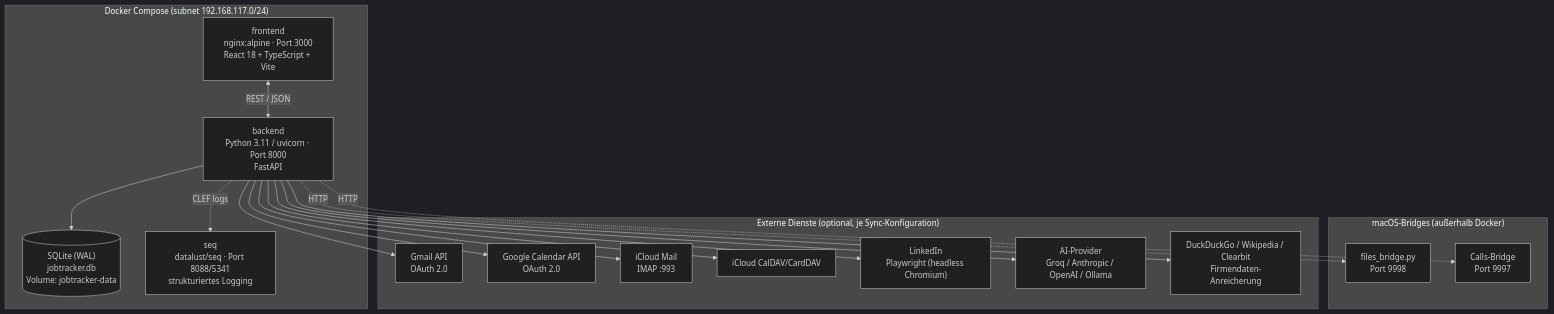
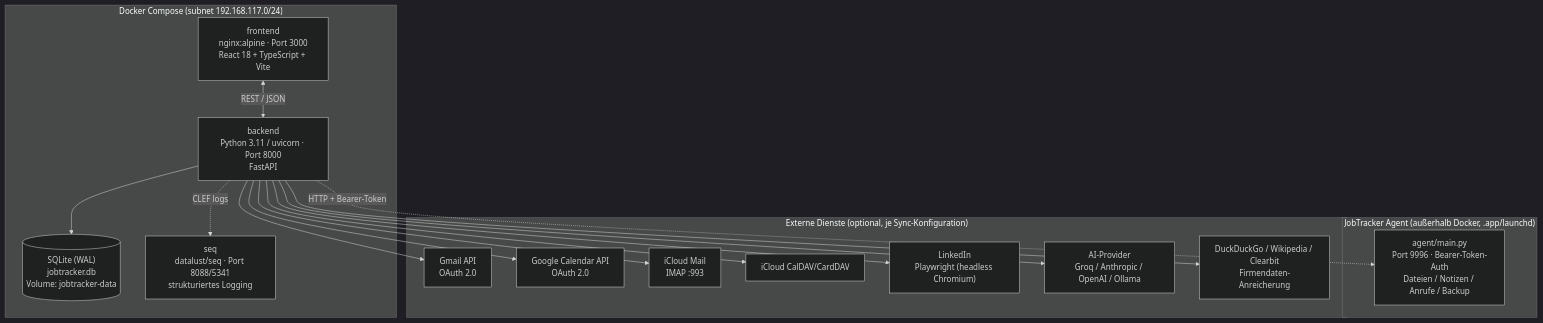
The first of 8 diagrams in docs/ARCHITECTURE.md (EGulinsky/rapport), drawn with Mermaid (dark theme) before and after one commit. The commit also changed other lines of this file and 7 other files, not shown here.

First line of the commit message:
Removed the old bridge scripts, the JobTracker Agent is now the only way (v3.27.0)

````diff
--- a/docs/ARCHITECTURE.md
+++ b/docs/ARCHITECTURE.md
@@ -23,37 +23,35 @@
 ```mermaid
 flowchart TB
     subgraph Docker["Docker Compose (subnet 192.168.117.0/24)"]
         FE["frontend<br/>nginx:alpine · Port 3000<br/>React 18 + TypeScript + Vite"]
         BE["backend<br/>Python 3.11 / uvicorn · Port 8000<br/>FastAPI"]
         DB[("SQLite (WAL)<br/>jobtracker.db<br/>Volume: jobtracker-data")]
         SEQ["seq<br/>datalust/seq · Port 8088/5341<br/>strukturiertes Logging"]
         FE <-->|"REST / JSON"| BE
         BE --> DB
         BE -.->|"CLEF logs"| SEQ
     end
 
-    subgraph Bridges["macOS-Bridges (außerhalb Docker)"]
-        FilesBridge["files_bridge.py<br/>Port 9998"]
-        CallsBridge["Calls-Bridge<br/>Port 9997"]
+    subgraph Agent["JobTracker Agent (außerhalb Docker, .app/launchd)"]
+        AgentSvc["agent/main.py<br/>Port 9996 · Bearer-Token-Auth<br/>Dateien / Notizen / Anrufe / Backup"]
     end
 
     subgraph External["Externe Dienste (optional, je Sync-Konfiguration)"]
         Gmail["Gmail API<br/>OAuth 2.0"]
         GCal["Google Calendar API<br/>OAuth 2.0"]
         ICloudMail["iCloud Mail<br/>IMAP :993"]
         ICloudCal["iCloud CalDAV/CardDAV"]
         LinkedIn["LinkedIn<br/>Playwright (headless Chromium)"]
         AIProvider["AI-Provider<br/>Groq / Anthropic / OpenAI / Ollama"]
         Enrichment["DuckDuckGo / Wikipedia / Clearbit<br/>Firmendaten-Anreicherung"]
     end
 
     BE --> Gmail
     BE --> GCal
     BE --> ICloudMail
     BE --> ICloudCal
     BE --> LinkedIn
     BE --> AIProvider
     BE --> Enrichment
-    BE -.->|"HTTP"| FilesBridge
-    BE -.->|"HTTP"| CallsBridge
+    BE -.->|"HTTP + Bearer-Token"| AgentSvc
 ```
````
